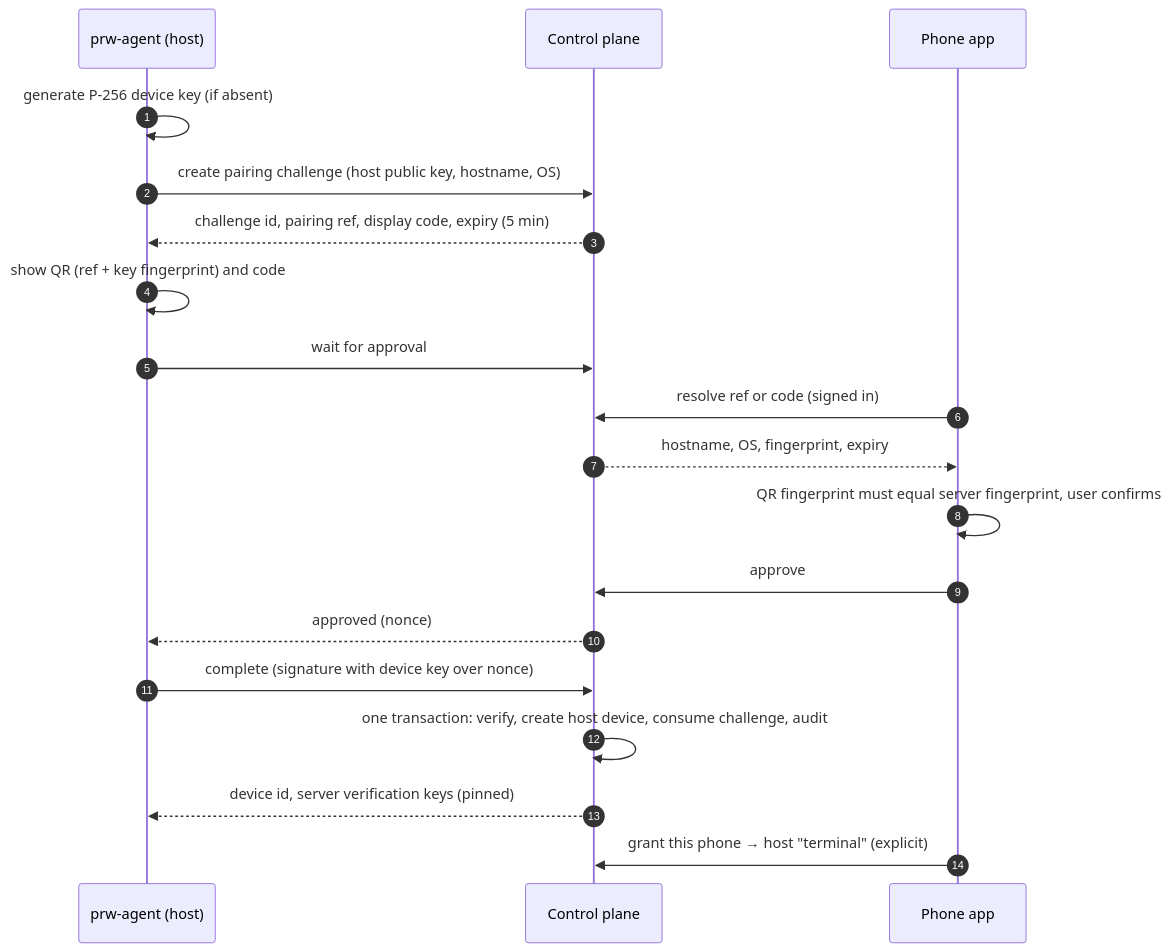
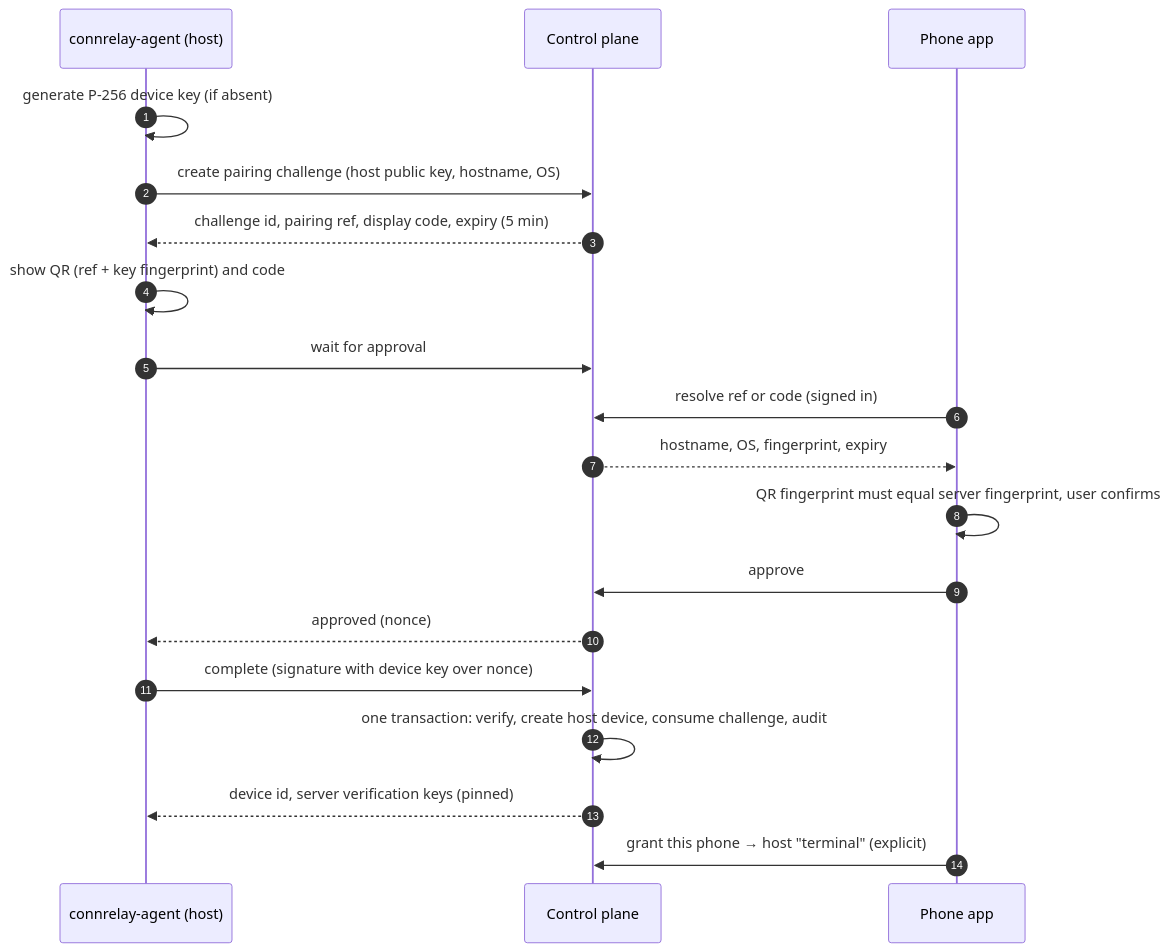
Before and after one commit to rohansen856/ConnRelay: the second of 7 diagrams in docs/architecture/overview.md, drawn with Mermaid. The commit also changed other lines of this file and 17 other files, not shown here.

````diff
--- a/docs/architecture/overview.md
+++ b/docs/architecture/overview.md
@@ -109,21 +109,21 @@
 ```mermaid
 sequenceDiagram
   autonumber
-  participant H as prw-agent (host)
+  participant H as connrelay-agent (host)
   participant S as Control plane
   participant P as Phone app
   H->>H: generate P-256 device key (if absent)
   H->>S: create pairing challenge (host public key, hostname, OS)
   S-->>H: challenge id, pairing ref, display code, expiry (5 min)
   H->>H: show QR (ref + key fingerprint) and code
   H->>S: wait for approval
   P->>S: resolve ref or code (signed in)
   S-->>P: hostname, OS, fingerprint, expiry
   P->>P: QR fingerprint must equal server fingerprint, user confirms
   P->>S: approve
   S-->>H: approved (nonce)
   H->>S: complete (signature with device key over nonce)
   S->>S: one transaction: verify, create host device, consume challenge, audit
   S-->>H: device id, server verification keys (pinned)
   P->>S: grant this phone → host "terminal" (explicit)
 ```
````
